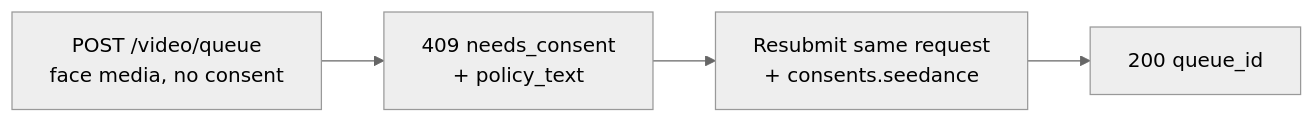
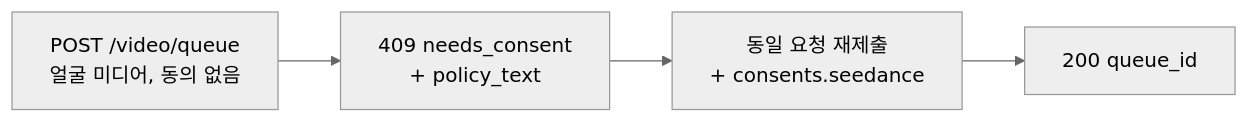
Before and after one commit to veniceai/api-docs: the diagram in ko/guides/media/seedance-face-consent.mdx, drawn with Mermaid (neutral theme). The commit also changed other lines of this file and 15 other files, not shown here.

````diff
--- a/ko/guides/media/seedance-face-consent.mdx
+++ b/ko/guides/media/seedance-face-consent.mdx
@@ -29,6 +29,6 @@
 ```mermaid
 flowchart LR
-  A[POST /video/queue<br/>face media, no consent] --> B[409 needs_consent<br/>+ policy_text]
-  B --> C[Resubmit same request<br/>+ consents.seedance]
+  A[POST /video/queue<br/>얼굴 미디어, 동의 없음] --> B[409 needs_consent<br/>+ policy_text]
+  B --> C[동일 요청 재제출<br/>+ consents.seedance]
   C --> D[200 queue_id]
 ```
````
